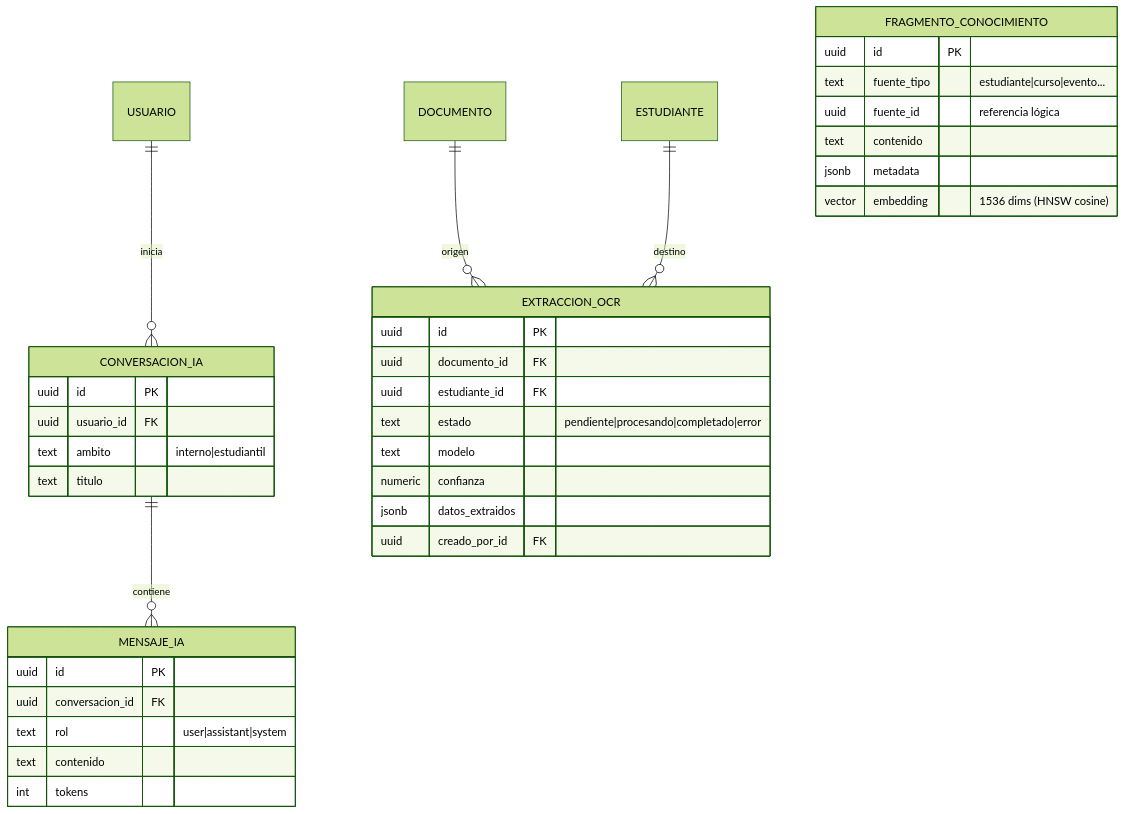
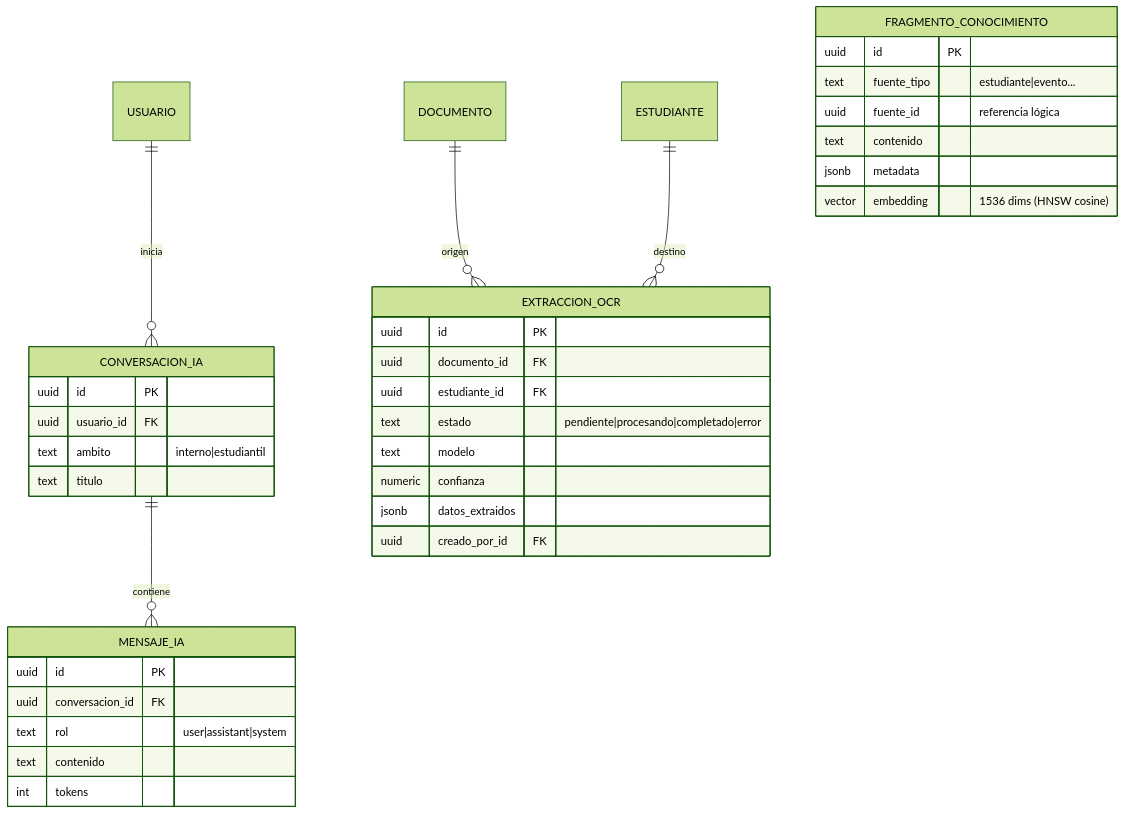
Before and after one commit to Dauris11/global-effect-nexus-v2: the eighth of 8 diagrams in docs/04-modelo-de-datos/diagrama-entidad-relacion.md, drawn with Mermaid (forest theme). The commit also changed other lines of this file and 95 other files, not shown here.

````diff
--- a/docs/04-modelo-de-datos/diagrama-entidad-relacion.md
+++ b/docs/04-modelo-de-datos/diagrama-entidad-relacion.md
@@ -451,39 +426,39 @@
 ```mermaid
 erDiagram
   USUARIO ||--o{ CONVERSACION_IA : inicia
   CONVERSACION_IA ||--o{ MENSAJE_IA : contiene
   DOCUMENTO ||--o{ EXTRACCION_OCR : origen
   ESTUDIANTE ||--o{ EXTRACCION_OCR : destino
 
   CONVERSACION_IA {
     uuid id PK
     uuid usuario_id FK
     text ambito "interno|estudiantil"
     text titulo
   }
   MENSAJE_IA {
     uuid id PK
     uuid conversacion_id FK
     text rol "user|assistant|system"
     text contenido
     int tokens
   }
   EXTRACCION_OCR {
     uuid id PK
     uuid documento_id FK
     uuid estudiante_id FK
     text estado "pendiente|procesando|completado|error"
     text modelo
     numeric confianza
     jsonb datos_extraidos
     uuid creado_por_id FK
   }
   FRAGMENTO_CONOCIMIENTO {
     uuid id PK
-    text fuente_tipo "estudiante|curso|evento..."
+    text fuente_tipo "estudiante|evento..."
     uuid fuente_id "referencia lógica"
     text contenido
     jsonb metadata
     vector embedding "1536 dims (HNSW cosine)"
   }
 ```
````
